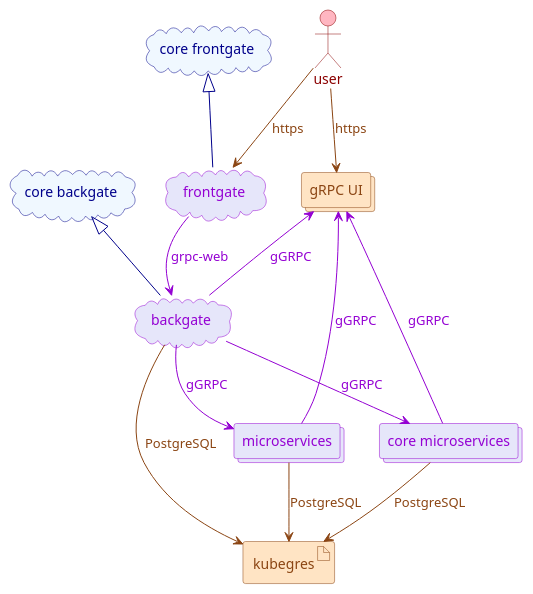
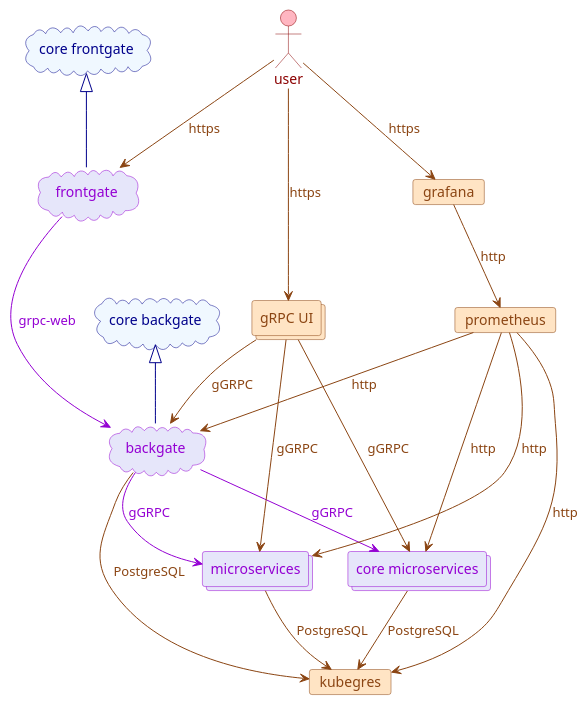
One commit to LanDinh/khaleesi-ninja changed the diagram in documentation/images/kubernetes-logical-structure.puml. Above: the diagram before and after it, drawn with PlantUML. The commit also changed 2 other files, not shown here.

```diff
--- a/documentation/images/kubernetes-logical-structure.puml
+++ b/documentation/images/kubernetes-logical-structure.puml
@@ -1,38 +1,48 @@
 @startuml
 actor user as user #lightpink;line:darkred;text:darkred
 
 ' GATE
 cloud       "frontgate"     as frontgate    #lavender;line:darkviolet;text:darkviolet
 cloud       "backgate"      as backgate     #lavender;line:darkviolet;text:darkviolet
 collections "microservices" as microservice #lavender;line:darkviolet;text:darkviolet
 
 ' CORE
 cloud       "core frontgate"     as core_frontgate    #aliceblue;line:darkblue;text:darkblue
 cloud       "core backgate"      as core_backgate     #aliceblue;line:darkblue;text:darkblue
 collections "core microservices" as core_microservice #lavender;line:darkviolet;text:darkviolet
 
 ' 3RD PARTY
-artifact    "kubegres" as kubegres #bisque;line:saddlebrown;text:saddlebrown
-collections "gRPC UI"  as grpcui   #bisque;line:saddlebrown;text:saddlebrown
+card        "kubegres"   as kubegres   #bisque;line:saddlebrown;text:saddlebrown
+card        "prometheus" as prometheus #bisque;line:saddlebrown;text:saddlebrown
+card        "grafana"    as grafana    #bisque;line:saddlebrown;text:saddlebrown
+collections "gRPC UI"    as grpcui     #bisque;line:saddlebrown;text:saddlebrown
 
 ' gate connections
 user      --> frontgate         #saddlebrown;text:saddlebrown : https
 frontgate --> backgate          #darkviolet;text:darkviolet   : "grpc-web"
 backgate  --> core_microservice #darkviolet;text:darkviolet   : gGRPC
 backgate  --> microservice      #darkviolet;text:darkviolet   : gGRPC
 
 ' gate inheritance
 core_frontgate ^-- frontgate #darkblue
 core_backgate  ^-- backgate  #darkblue
 
 ' kubegres connection
 backgate          --> kubegres #saddlebrown;text:saddlebrown : PostgreSQL
 microservice      --> kubegres #saddlebrown;text:saddlebrown : PostgreSQL
 core_microservice --> kubegres #saddlebrown;text:saddlebrown : PostgreSQL
 
 ' grpcui connection
 user   --> grpcui            #saddlebrown;text:saddlebrown : https
-grpcui <-- backgate          #darkviolet;text:darkviolet   : gGRPC
-grpcui <-- microservice      #darkviolet;text:darkviolet   : gGRPC
-grpcui <-- core_microservice #darkviolet;text:darkviolet   : gGRPC
+grpcui --> backgate          #saddlebrown;text:saddlebrown : gGRPC
+grpcui --> microservice      #saddlebrown;text:saddlebrown : gGRPC
+grpcui --> core_microservice #saddlebrown;text:saddlebrown : gGRPC
+
+' prometheus connection
+user       --> grafana           #saddlebrown;text:saddlebrown : https
+grafana    --> prometheus        #saddlebrown;text:saddlebrown : http
+prometheus --> backgate          #saddlebrown;text:saddlebrown : http
+prometheus --> microservice      #saddlebrown;text:saddlebrown : http
+prometheus --> core_microservice #saddlebrown;text:saddlebrown : http
+prometheus --> kubegres          #saddlebrown;text:saddlebrown : http
 @enduml
```
